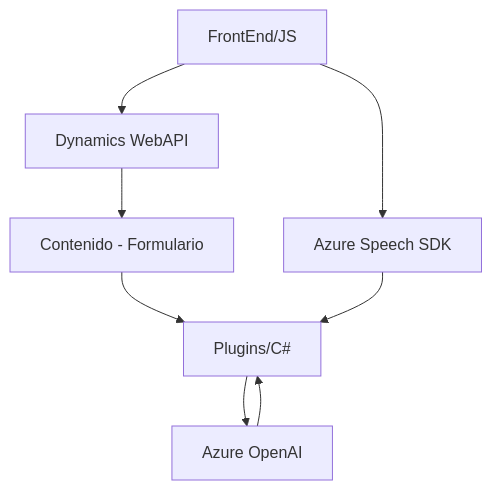
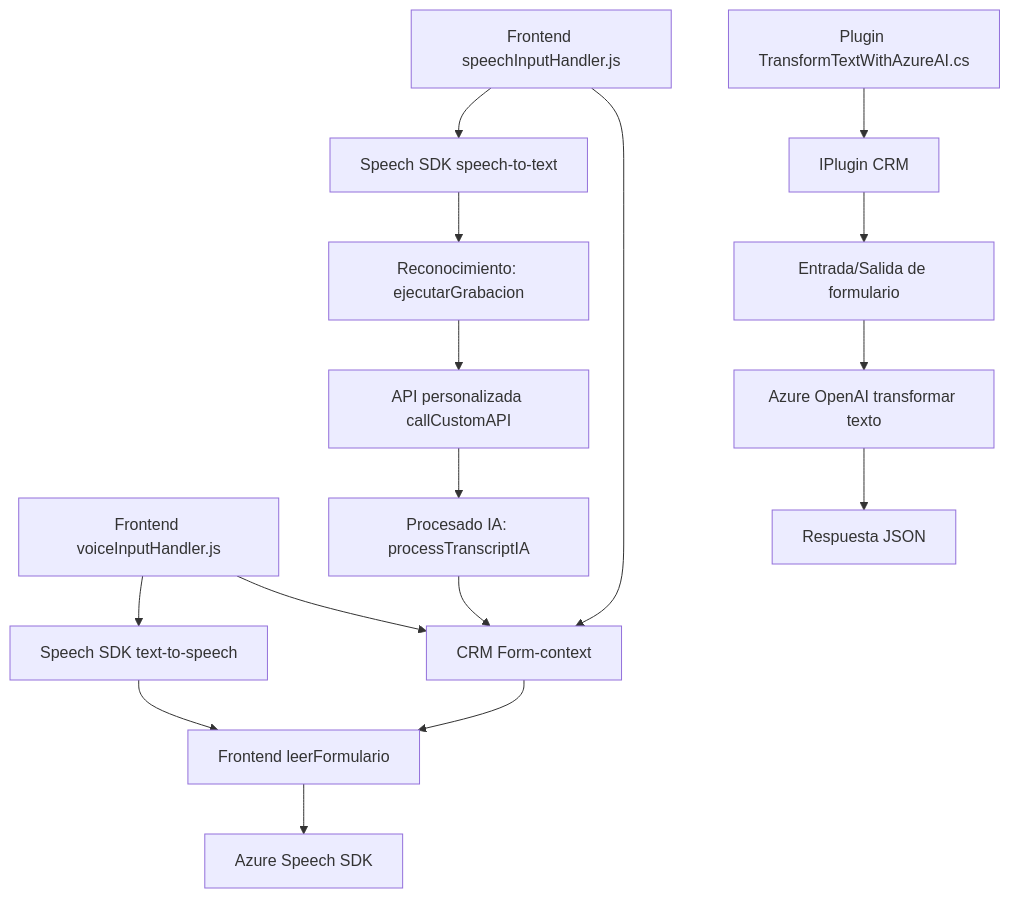
The diagram in README.md (blopezdm/NETCORE_BILBAO2025), drawn with Mermaid before and after one commit. The commit also changed other lines of this file, not shown here.

````diff
--- a/README.md
+++ b/README.md
@@ -38,10 +38,20 @@
 ```mermaid
 graph TD
-    A[FrontEnd/JS] --> B[Azure Speech SDK]
-    E[Plugins/C#] --> F[Azure OpenAI]
-    A --> C["Dynamics WebAPI"]
-    C --> D["Contenido - Formulario"]
-    D --> E[Plugins/C#]
-    B --> E[Plugins/C#]
-    F --> E[Plugins/C#]
+    A["Frontend voiceInputHandler.js"] --> B["Speech SDK text-to-speech"]
+    A --> C["CRM Form-context"]
+    B --> D["Frontend leerFormulario"]
+    C --> D
+    D --> E["Azure Speech SDK"]
+
+    F["Frontend speechInputHandler.js"] --> G["Speech SDK speech-to-text"]
+    F --> C
+    G --> H["Reconocimiento: ejecutarGrabacion"]
+    H --> I["API personalizada callCustomAPI"]
+    I --> J["Procesado IA: processTranscriptIA"]
+    J --> C
+
+    K["Plugin TransformTextWithAzureAI.cs"] --> L["IPlugin CRM"]
+    L --> M["Entrada/Salida de formulario"]
+    M --> N["Azure OpenAI transformar texto"]
+    N --> O["Respuesta JSON"]
 ```
````
